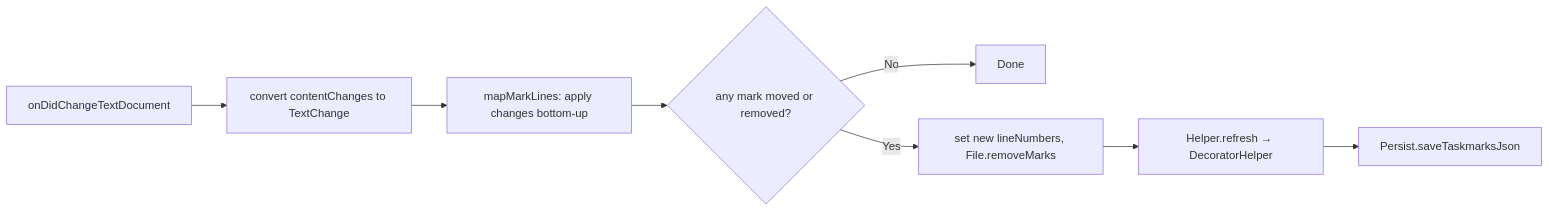
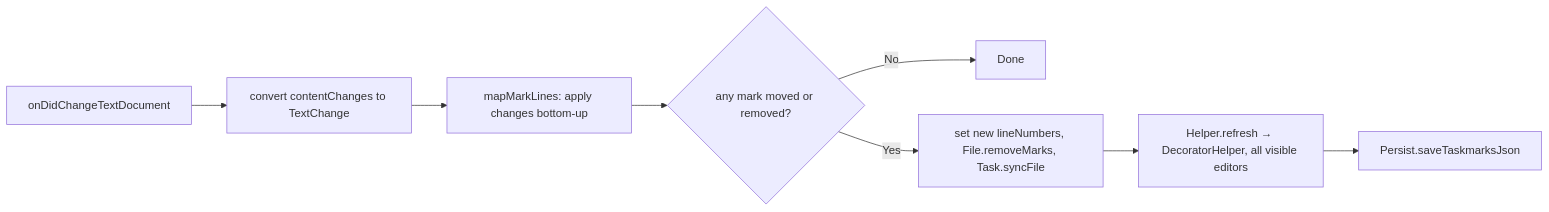
Before and after one commit to norbertK/taskmarks: the third of 5 diagrams in docu/ARCHITECTURE.md, drawn with Mermaid. The commit also changed other lines of this file and 11 other files, not shown here.

First line of the commit message:
Track and show marks per document for all tasks, await in commands

````diff
--- a/docu/ARCHITECTURE.md
+++ b/docu/ARCHITECTURE.md
@@ -131,10 +131,10 @@
 ```mermaid
 flowchart LR
     A[onDidChangeTextDocument] --> B[convert contentChanges to TextChange]
     B --> C[mapMarkLines: apply changes bottom-up]
     C --> D{any mark moved or removed?}
     D -->|No| Z[Done]
-    D -->|Yes| E[set new lineNumbers, File.removeMarks]
-    E --> F[Helper.refresh → DecoratorHelper]
+    D -->|Yes| E[set new lineNumbers, File.removeMarks, Task.syncFile]
+    E --> F[Helper.refresh → DecoratorHelper, all visible editors]
     F --> G[Persist.saveTaskmarksJson]
 ```
````
